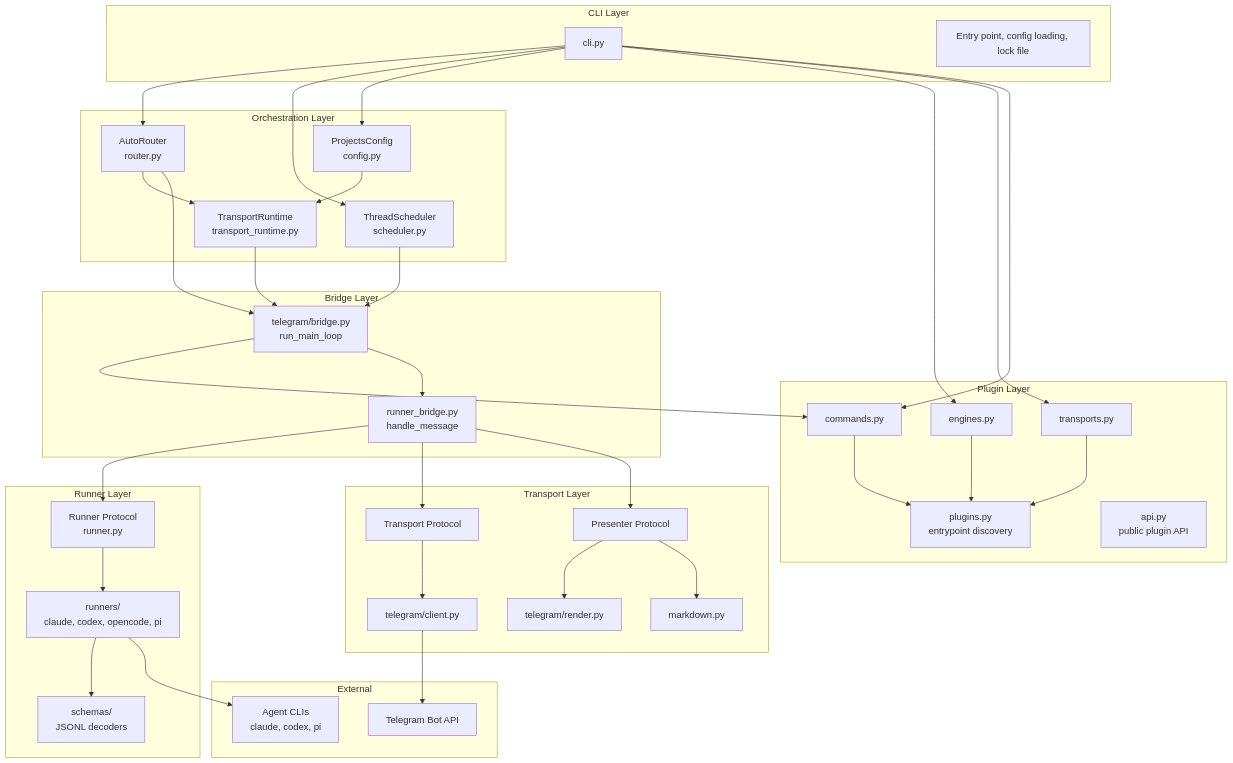
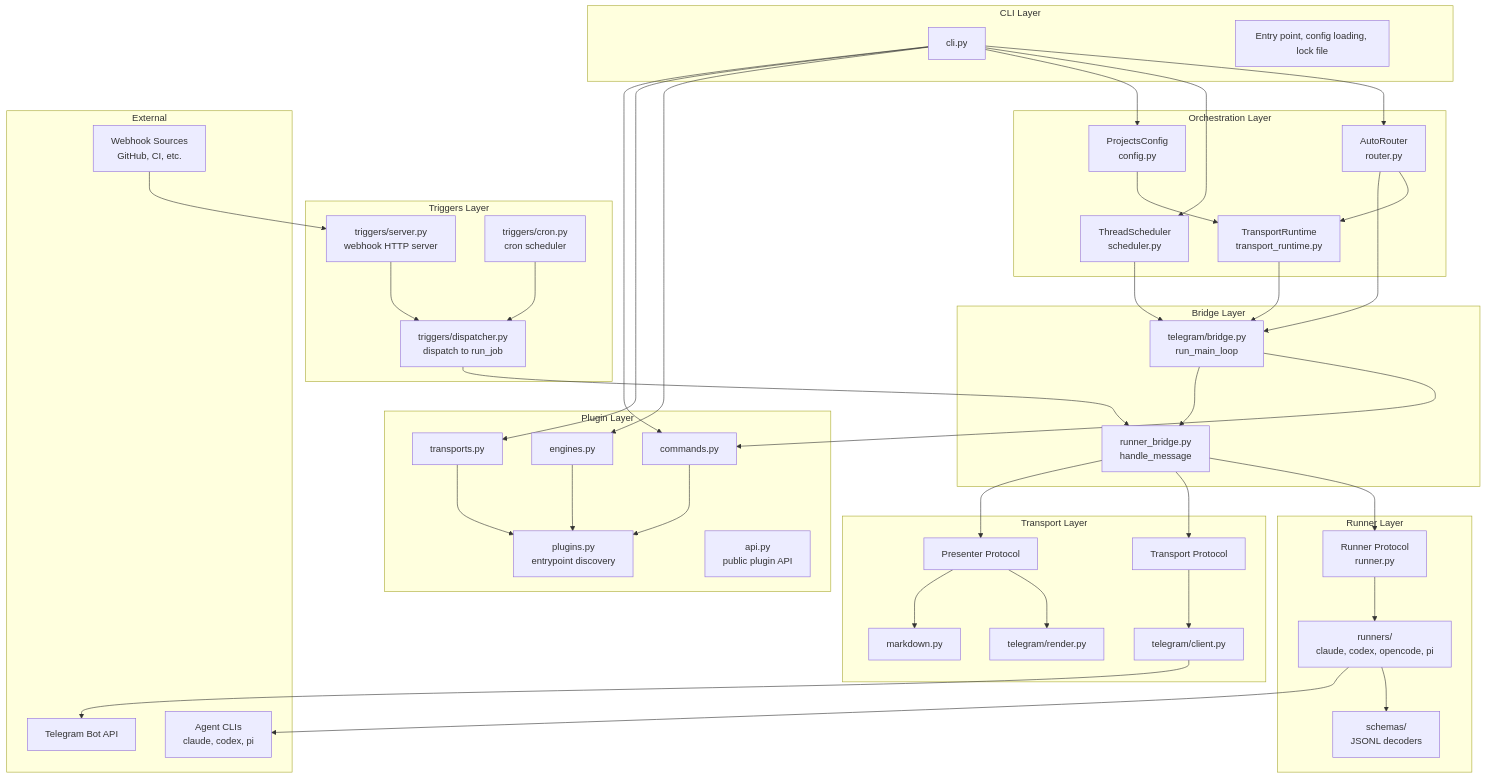
Before and after one commit to littlebearapps/untether: the first of 8 diagrams in docs/explanation/architecture.md, drawn with Mermaid. The commit also changed other lines of this file and 10 other files, not shown here.

First line of the commit message:
docs: update architecture, routing, group chat, and operations docs

````diff
--- a/docs/explanation/architecture.md
+++ b/docs/explanation/architecture.md
@@ -43,9 +43,16 @@
         markdown[markdown.py]
     end
 
+    subgraph Triggers["Triggers Layer"]
+        trigger_server[triggers/server.py<br/>webhook HTTP server]
+        trigger_cron[triggers/cron.py<br/>cron scheduler]
+        trigger_dispatch[triggers/dispatcher.py<br/>dispatch to run_job]
+    end
+
     subgraph External["External"]
         agent_clis[Agent CLIs<br/>claude, codex, pi]
         telegram_api[Telegram Bot API]
+        webhook_sources[Webhook Sources<br/>GitHub, CI, etc.]
     end
 
     cli --> router
@@ -74,4 +81,8 @@
     presenter --> tg_render
     presenter --> markdown
     tg_client --> telegram_api
+    webhook_sources --> trigger_server
+    trigger_server --> trigger_dispatch
+    trigger_cron --> trigger_dispatch
+    trigger_dispatch --> runner_bridge
 ```
````
